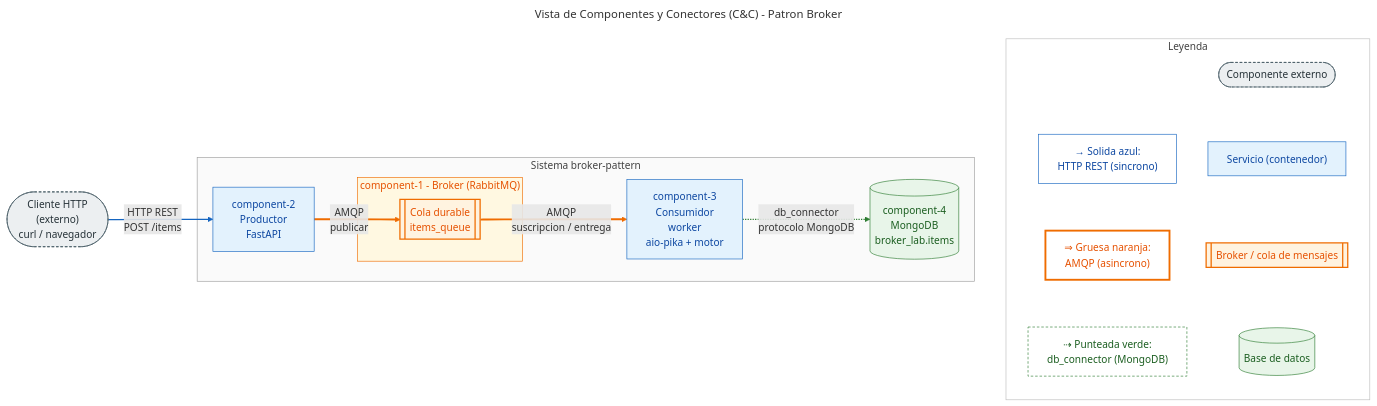
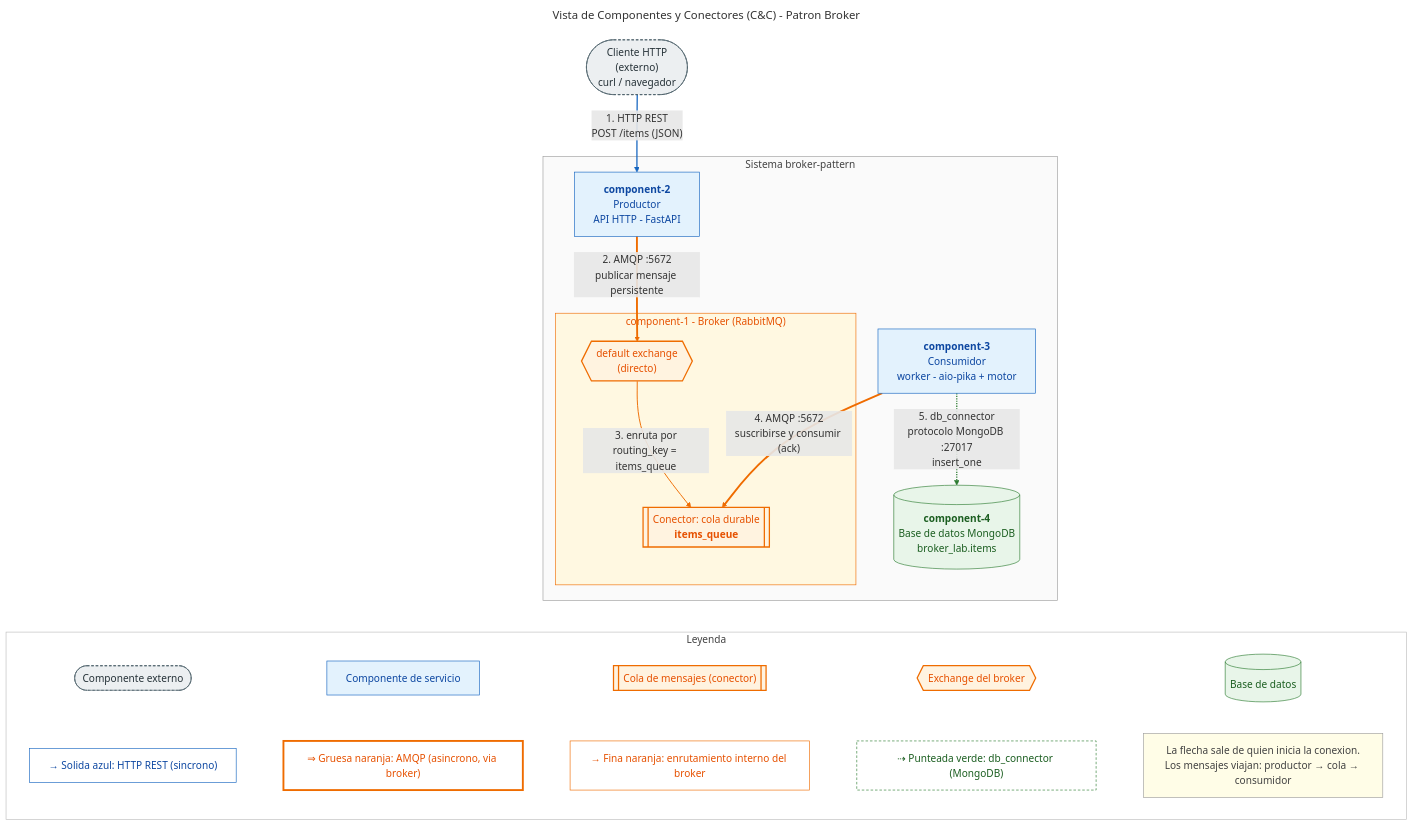
One commit to nicole1ariadna/Labs-Arquisoft changed the diagram in Lab4/diagramas/vista-cc.mmd. Above: the diagram before and after it, drawn with Mermaid. The commit also changed 4 other files, not shown here.

First line of the commit message:
Rectifica las vistas del Lab 4 según la guía

```diff
--- a/Lab4/diagramas/vista-cc.mmd
+++ b/Lab4/diagramas/vista-cc.mmd
@@ -1,63 +1,77 @@
 ---
 title: "Vista de Componentes y Conectores (C&C) - Patron Broker"
+config:
+  flowchart:
+    wrappingWidth: 320
 ---
 %% Laboratorio 4 - Vista C&C del sistema broker-pattern
-%% Formas: estadio = externo, rectangulo = servicio, subrutina = cola, cilindro = base de datos
-%% Flechas: solida = HTTP REST, gruesa = AMQP, punteada = db_connector
-flowchart LR
+%% Conectores segun la guia (seccion 5): C2 -> C1 (AMQP), C3 -> C1 (AMQP), C3 -> C4 (db_connector)
+%% Las flechas apuntan desde quien inicia la conexion; los numeros indican el orden del flujo
+flowchart TB
     cliente(["Cliente HTTP<br/>(externo)<br/>curl / navegador"])
 
     subgraph sistema["Sistema broker-pattern"]
-        c2["component-2<br/>Productor<br/>FastAPI"]
+        c2["<b>component-2</b><br/>Productor<br/>API HTTP - FastAPI"]
+        c3["<b>component-3</b><br/>Consumidor<br/>worker - aio-pika + motor"]
 
         subgraph c1["component-1 - Broker (RabbitMQ)"]
-            q[["Cola durable<br/>items_queue"]]
+            ex{{"default exchange<br/>(directo)"}}
+            q[["Conector: cola durable<br/><b>items_queue</b>"]]
         end
 
-        c3["component-3<br/>Consumidor<br/>worker<br/>aio-pika + motor"]
-        c4[("component-4<br/>MongoDB<br/>broker_lab.items")]
+        c4[("<b>component-4</b><br/>Base de datos MongoDB<br/>broker_lab.items")]
     end
 
-    cliente -- "HTTP REST<br/>POST /items" --> c2
-    c2 == "AMQP<br/>publicar" ==> q
-    q == "AMQP<br/>suscripcion / entrega" ==> c3
-    c3 -. "db_connector<br/>protocolo MongoDB" .-> c4
+    cliente -- "1. HTTP REST<br/>POST /items (JSON)" --> c2
+    c2 == "2. AMQP :5672<br/>publicar mensaje persistente" ==> ex
+    ex -- "3. enruta por<br/>routing_key = items_queue" --> q
+    c3 == "4. AMQP :5672<br/>suscribirse y consumir (ack)" ==> q
+    c3 -. "5. db_connector<br/>protocolo MongoDB :27017<br/>insert_one" .-> c4
 
     subgraph leyenda["Leyenda"]
+        direction LR
         lx(["Componente externo"])
-        ls["Servicio (contenedor)"]
-        lb[["Broker / cola de mensajes"]]
+        ls["Componente de servicio"]
+        lb[["Cola de mensajes (conector)"]]
+        le{{"Exchange del broker"}}
         ld[("Base de datos")]
-        lh["#8594; Solida azul:<br/>HTTP REST (sincrono)"]
-        la["#8658; Gruesa naranja:<br/>AMQP (asincrono)"]
-        lm["#8674; Punteada verde:<br/>db_connector (MongoDB)"]
-        lh ~~~ la ~~~ lm
-        lx ~~~ ls ~~~ lb ~~~ ld
+        lh["#8594; Solida azul: HTTP REST (sincrono)"]
+        la["#8658; Gruesa naranja: AMQP (asincrono, via broker)"]
+        lr["#8594; Fina naranja: enrutamiento interno del broker"]
+        lm["#8674; Punteada verde: db_connector (MongoDB)"]
+        ln["La flecha sale de quien inicia la conexion.<br/>Los mensajes viajan: productor #8594; cola #8594; consumidor"]
+        lx ~~~ ls ~~~ lb ~~~ le ~~~ ld
+        lh ~~~ la ~~~ lr ~~~ lm ~~~ ln
     end
 
-    %% enlace invisible: ubica la leyenda a la derecha del sistema
-    c4 ~~~ leyenda
+    %% enlace invisible: ubica la leyenda debajo del sistema
+    q ~~~ leyenda
 
     classDef externo fill:#eceff1,stroke:#455a64,color:#263238,stroke-dasharray:4 3;
     classDef servicio fill:#e3f2fd,stroke:#1565c0,color:#0d47a1;
     classDef broker fill:#fff3e0,stroke:#ef6c00,color:#e65100,stroke-width:2px;
     classDef bd fill:#e8f5e9,stroke:#2e7d32,color:#1b5e20;
     classDef conHttp fill:#ffffff,stroke:#1565c0,color:#0d47a1;
     classDef conAmqp fill:#ffffff,stroke:#ef6c00,color:#e65100,stroke-width:3px;
+    classDef conRuta fill:#ffffff,stroke:#ef6c00,color:#e65100;
     classDef conDb fill:#ffffff,stroke:#2e7d32,color:#1b5e20,stroke-dasharray:4 3;
+    classDef nota fill:#fffde7,stroke:#9e9e9e,color:#424242;
 
     class cliente,lx externo;
     class c2,c3,ls servicio;
-    class q,lb broker;
+    class q,ex,lb,le broker;
     class c4,ld bd;
     class lh conHttp;
     class la conAmqp;
+    class lr conRuta;
     class lm conDb;
+    class ln nota;
 
     style sistema fill:#fafafa,stroke:#9e9e9e,color:#424242;
     style c1 fill:#fff8e1,stroke:#ef6c00,color:#e65100;
     style leyenda fill:#ffffff,stroke:#bdbdbd,color:#424242;
 
     linkStyle 0 stroke:#1565c0,stroke-width:2px;
-    linkStyle 1,2 stroke:#ef6c00,stroke-width:3px;
-    linkStyle 3 stroke:#2e7d32,stroke-width:2px;
+    linkStyle 1,3 stroke:#ef6c00,stroke-width:3px;
+    linkStyle 2 stroke:#ef6c00,stroke-width:1.5px;
+    linkStyle 4 stroke:#2e7d32,stroke-width:2px;
```
